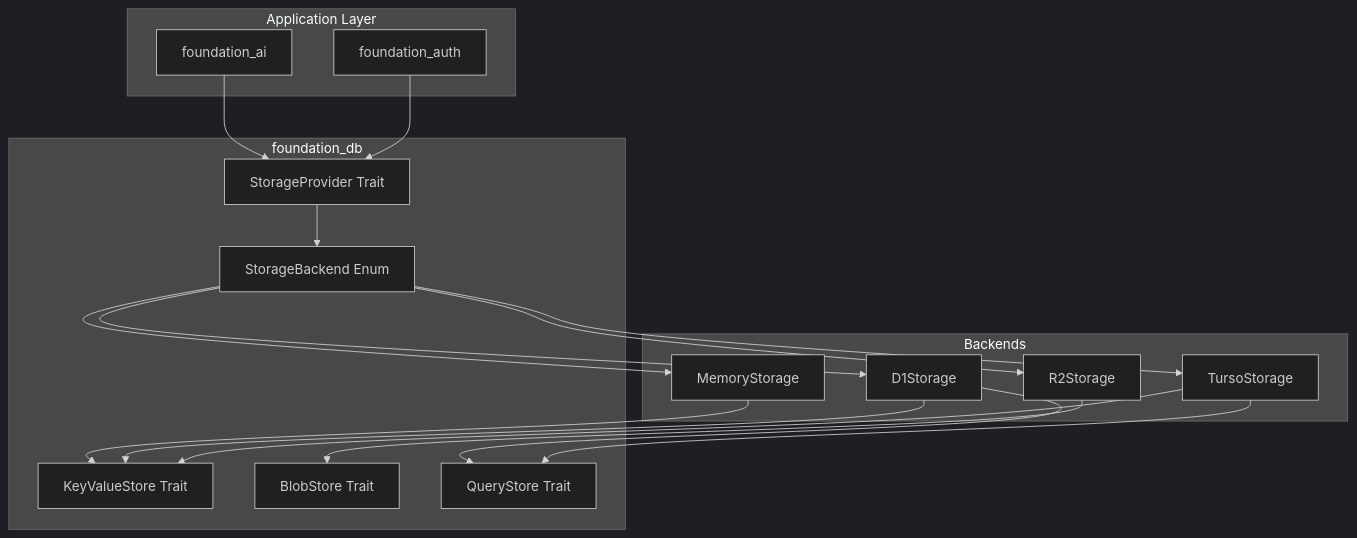
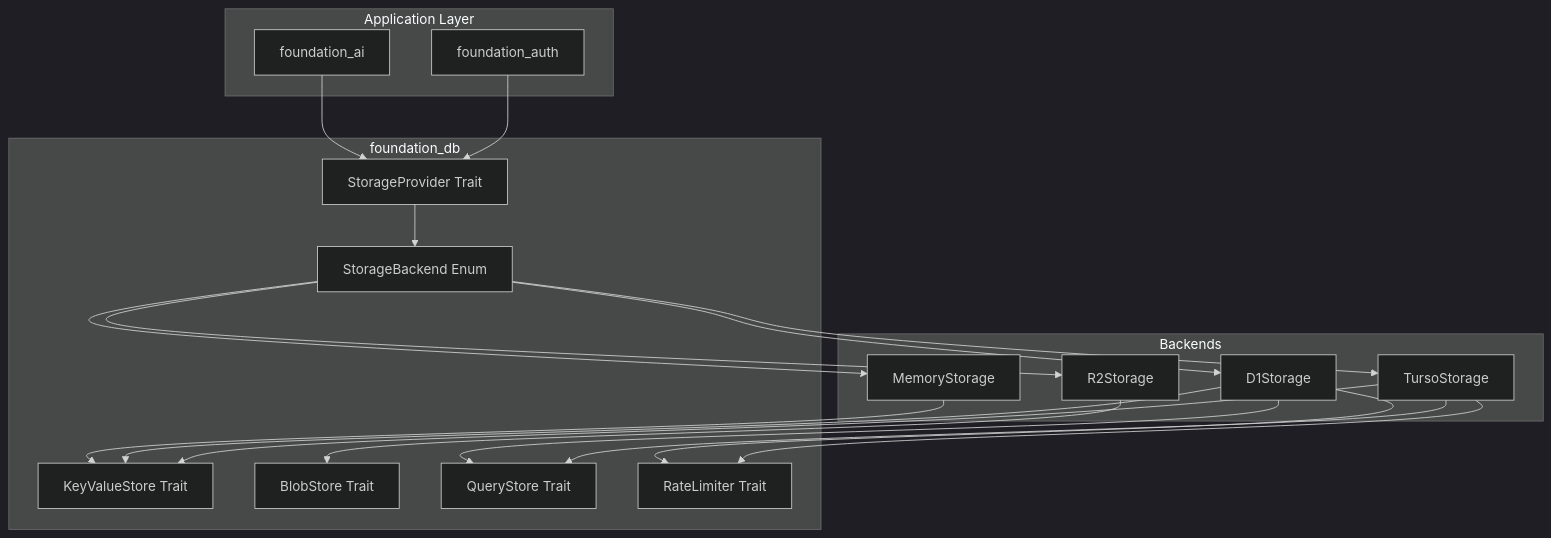
The diagram in specifications/07-foundation-ai/features/00a-foundation-db/feature.md (ewe-studios/ewe_platform), drawn with Mermaid (dark theme) before and after one commit. The commit also changed other lines of this file and 2 other files, not shown here.

````diff
--- a/specifications/07-foundation-ai/features/00a-foundation-db/feature.md
+++ b/specifications/07-foundation-ai/features/00a-foundation-db/feature.md
@@ -125,36 +127,39 @@
 ```mermaid
 graph TD
     subgraph Application["Application Layer"]
         A[foundation_auth]
         B[foundation_ai]
     end
 
     subgraph FoundationDB["foundation_db"]
         C[StorageProvider Trait]
         D[StorageBackend Enum]
         E[KeyValueStore Trait]
         F[BlobStore Trait]
         G[QueryStore Trait]
+        H[RateLimiter Trait]
     end
 
     subgraph Backends
-        H[TursoStorage]
-        I[D1Storage]
-        J[R2Storage]
-        K[MemoryStorage]
+        I[TursoStorage]
+        J[D1Storage]
+        K[R2Storage]
+        L[MemoryStorage]
     end
 
     A --> C
     B --> C
     C --> D
-    D --> H
     D --> I
     D --> J
     D --> K
-    H --> E
-    H --> G
+    D --> L
     I --> E
     I --> G
-    J --> F
-    K --> E
+    I --> H
+    J --> E
+    J --> G
+    J --> H
+    K --> F
+    L --> E
 ```
````
